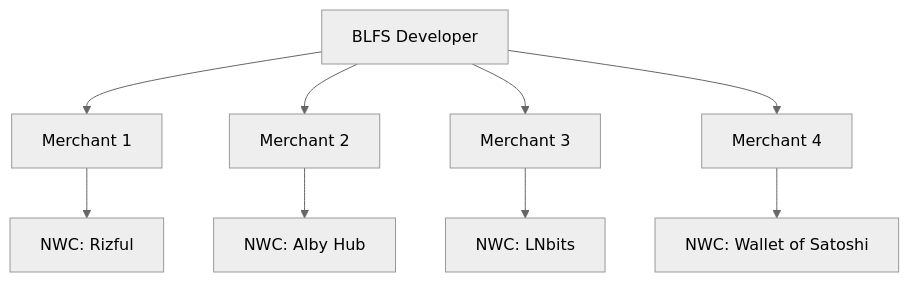
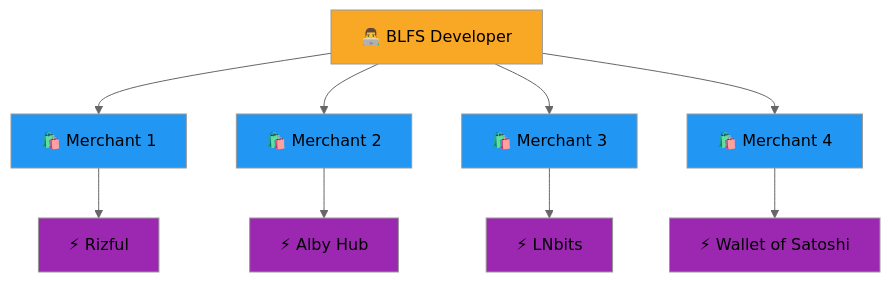
The second of 3 diagrams in readme.md (MegalithicBTC/BLFS), drawn with Mermaid (neutral theme) before and after one commit. The commit also changed other lines of this file, not shown here.

````diff
--- a/readme.md
+++ b/readme.md
@@ -34,12 +38,22 @@
 ```mermaid
 graph TD
-  Dev["BLFS Developer"] --> M1["Merchant 1"]
-  Dev --> M2["Merchant 2"]
-  Dev --> M3["Merchant 3"]
-  Dev --> M4["Merchant 4"]
+  Dev["👨‍💻 BLFS Developer"] --> M1["🛍️ Merchant 1"]
+  Dev --> M2["🛍️ Merchant 2"]
+  Dev --> M3["🛍️ Merchant 3"]
+  Dev --> M4["🛍️ Merchant 4"]
 
-  M1 --> NWC1["NWC: Rizful"]
-  M2 --> NWC2["NWC: Alby Hub"]
-  M3 --> NWC3["NWC: LNbits"]
-  M4 --> NWC4["NWC: Wallet of Satoshi"]
+  M1 --> NWC1["⚡ Rizful"]
+  M2 --> NWC2["⚡ Alby Hub"]
+  M3 --> NWC3["⚡ LNbits"]
+  M4 --> NWC4["⚡ Wallet of Satoshi"]
+  
+  style Dev fill:#f9a825
+  style M1 fill:#2196f3
+  style M2 fill:#2196f3
+  style M3 fill:#2196f3
+  style M4 fill:#2196f3
+  style NWC1 fill:#9c27b0
+  style NWC2 fill:#9c27b0
+  style NWC3 fill:#9c27b0
+  style NWC4 fill:#9c27b0
 ```
````
